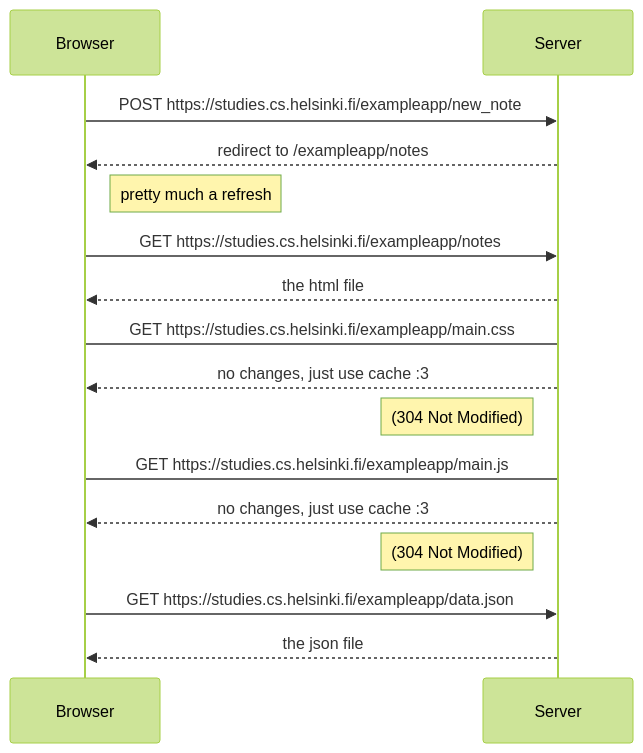
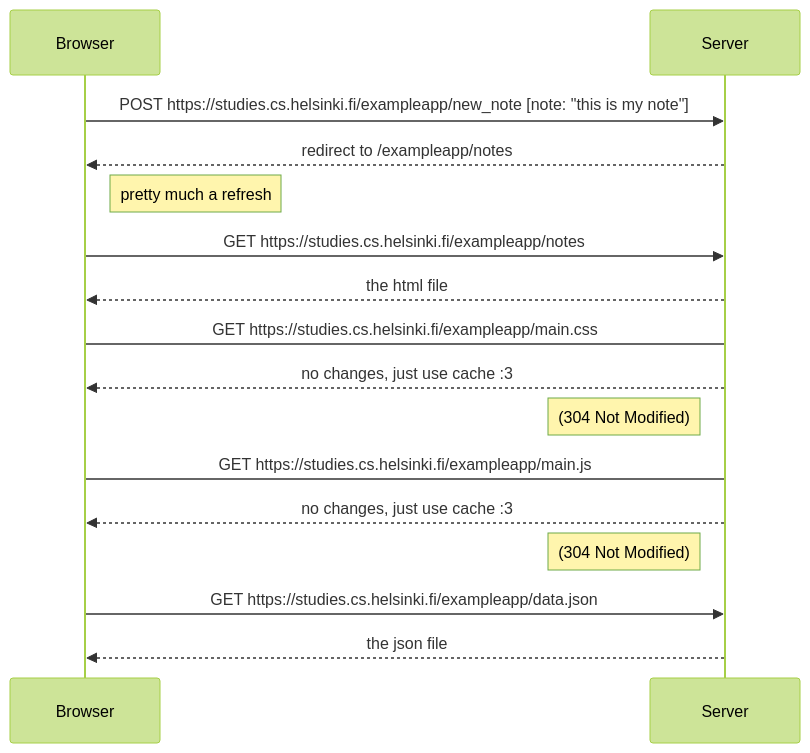
One commit to reddgab/fullstack-submissions changed the diagram in Part 0/Exercise 0.4/flowchart.md. Above: the diagram before and after it, drawn with Mermaid (forest theme).

````diff
--- a/Part 0/Exercise 0.4/flowchart.md
+++ b/Part 0/Exercise 0.4/flowchart.md
@@ -1,16 +1,16 @@
 ```mermaid
 sequenceDiagram
-    Browser->>Server: POST https://studies.cs.helsinki.fi/exampleapp/new_note
+    Browser->>Server: POST https://studies.cs.helsinki.fi/exampleapp/new_note [note: "this is my note"]
     Server-->>Browser: redirect to /exampleapp/notes
     note right of Browser: pretty much a refresh
     Browser->>Server: GET https://studies.cs.helsinki.fi/exampleapp/notes
     Server-->>Browser: the html file
     Browser->Server: GET https://studies.cs.helsinki.fi/exampleapp/main.css
     Server-->>Browser: no changes, just use cache :3
     note left of Server: (304 Not Modified)
     Browser->Server: GET https://studies.cs.helsinki.fi/exampleapp/main.js
     Server-->>Browser: no changes, just use cache :3
     note left of Server: (304 Not Modified)
     Browser->>Server: GET https://studies.cs.helsinki.fi/exampleapp/data.json
     Server-->>Browser: the json file
 ```
````
